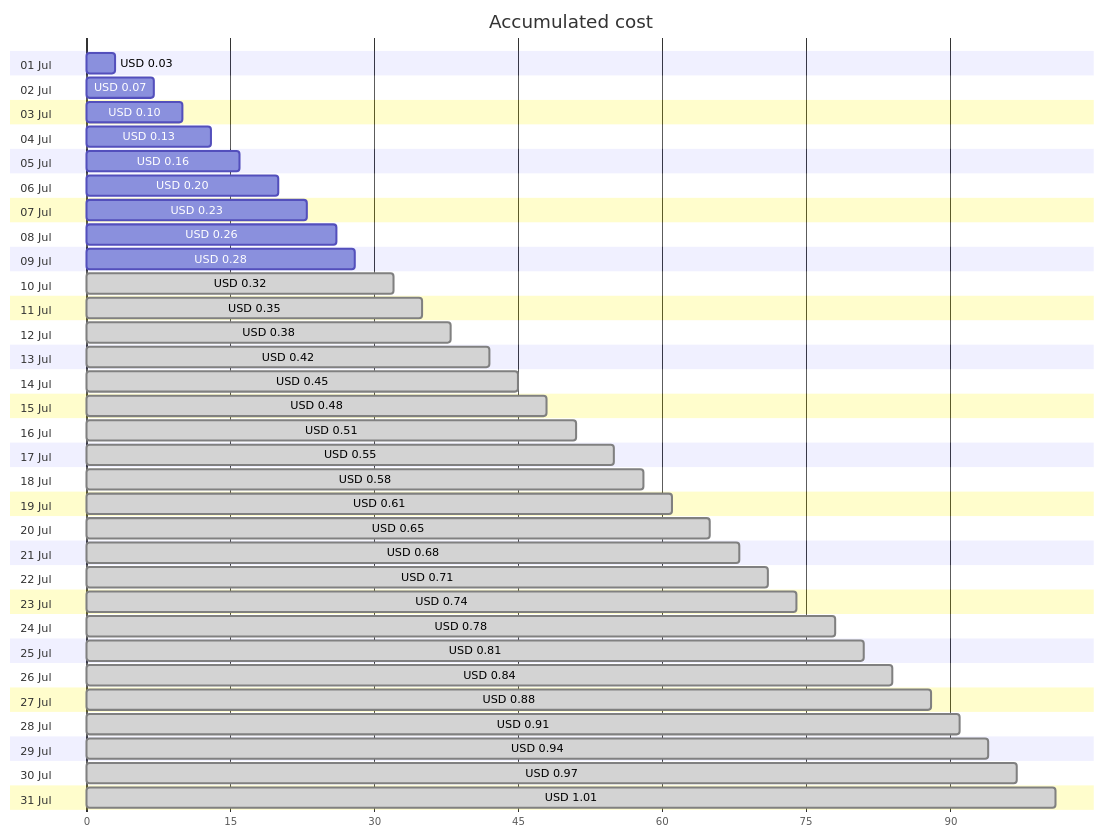
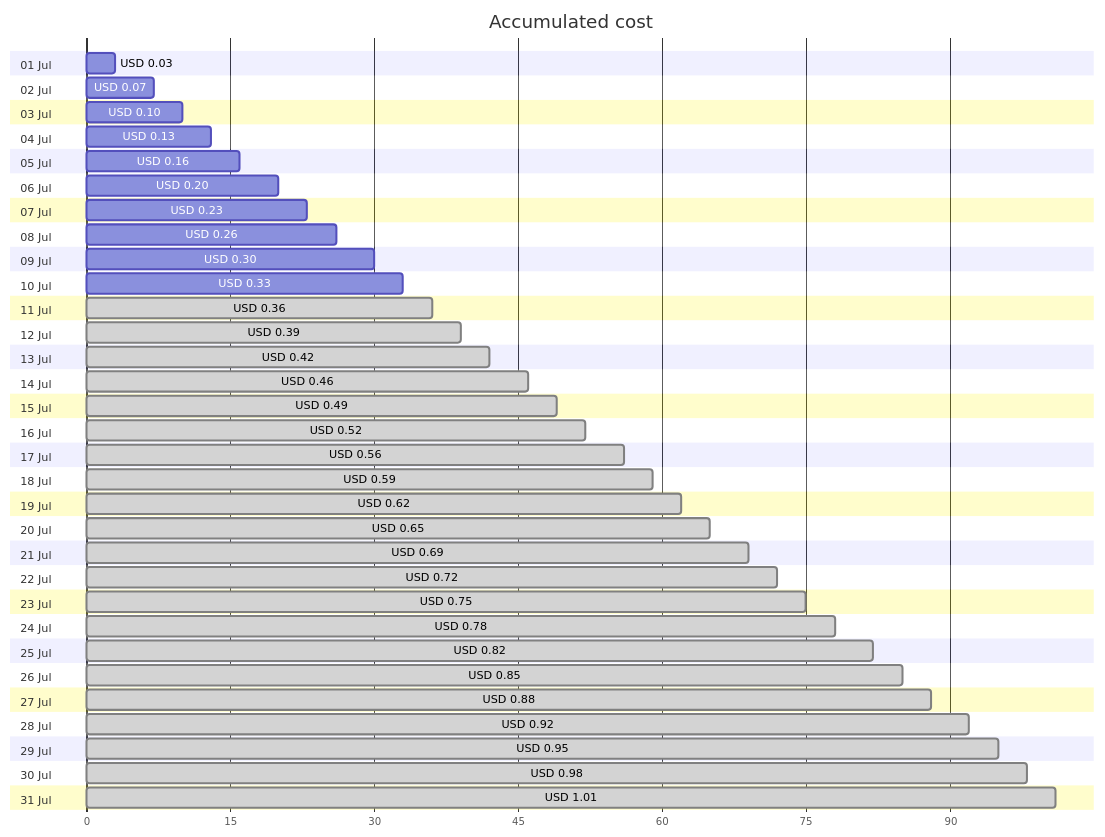
One commit to jpfulton/azure-personal-reports changed the first of 4 diagrams in cost-reports/personal-dns/README.md. Above: the diagram before and after it, drawn with Mermaid. The commit also changed other lines of this file and 2 other files, not shown here.

Commit message:
Generated reports [skip ci]

````diff
--- a/cost-reports/personal-dns/README.md
+++ b/cost-reports/personal-dns/README.md
@@ -20,68 +20,68 @@
 ```mermaid
 gantt
    title Accumulated cost
    dateFormat  X
    axisFormat %s
    section 01 Jul
    USD 0.03 :0, 3
    section 02 Jul
    USD 0.07 :0, 7
    section 03 Jul
    USD 0.10 :0, 10
    section 04 Jul
    USD 0.13 :0, 13
    section 05 Jul
    USD 0.16 :0, 16
    section 06 Jul
    USD 0.20 :0, 20
    section 07 Jul
    USD 0.23 :0, 23
    section 08 Jul
    USD 0.26 :0, 26
    section 09 Jul
-   USD 0.28 :0, 28
+   USD 0.30 :0, 30
    section 10 Jul
-   USD 0.32 : done, 0, 32
+   USD 0.33 :0, 33
    section 11 Jul
-   USD 0.35 : done, 0, 35
+   USD 0.36 : done, 0, 36
    section 12 Jul
-   USD 0.38 : done, 0, 38
+   USD 0.39 : done, 0, 39
    section 13 Jul
    USD 0.42 : done, 0, 42
    section 14 Jul
-   USD 0.45 : done, 0, 45
+   USD 0.46 : done, 0, 46
    section 15 Jul
-   USD 0.48 : done, 0, 48
+   USD 0.49 : done, 0, 49
    section 16 Jul
-   USD 0.51 : done, 0, 51
+   USD 0.52 : done, 0, 52
    section 17 Jul
-   USD 0.55 : done, 0, 55
+   USD 0.56 : done, 0, 56
    section 18 Jul
-   USD 0.58 : done, 0, 58
+   USD 0.59 : done, 0, 59
    section 19 Jul
-   USD 0.61 : done, 0, 61
+   USD 0.62 : done, 0, 62
    section 20 Jul
    USD 0.65 : done, 0, 65
    section 21 Jul
-   USD 0.68 : done, 0, 68
+   USD 0.69 : done, 0, 69
    section 22 Jul
-   USD 0.71 : done, 0, 71
+   USD 0.72 : done, 0, 72
    section 23 Jul
-   USD 0.74 : done, 0, 74
+   USD 0.75 : done, 0, 75
    section 24 Jul
    USD 0.78 : done, 0, 78
    section 25 Jul
-   USD 0.81 : done, 0, 81
+   USD 0.82 : done, 0, 82
    section 26 Jul
-   USD 0.84 : done, 0, 84
+   USD 0.85 : done, 0, 85
    section 27 Jul
    USD 0.88 : done, 0, 88
    section 28 Jul
-   USD 0.91 : done, 0, 91
+   USD 0.92 : done, 0, 92
    section 29 Jul
-   USD 0.94 : done, 0, 94
+   USD 0.95 : done, 0, 95
    section 30 Jul
-   USD 0.97 : done, 0, 97
+   USD 0.98 : done, 0, 98
    section 31 Jul
    USD 1.01 : done, 0, 101
 ```
````
